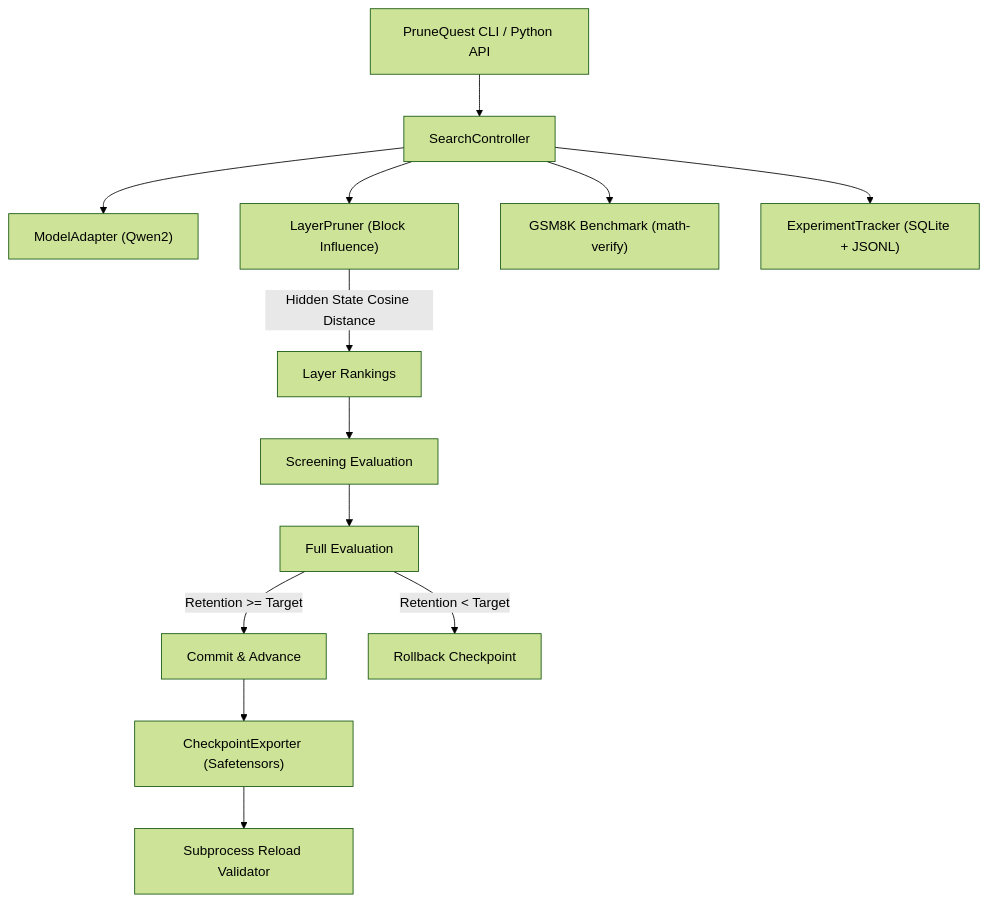
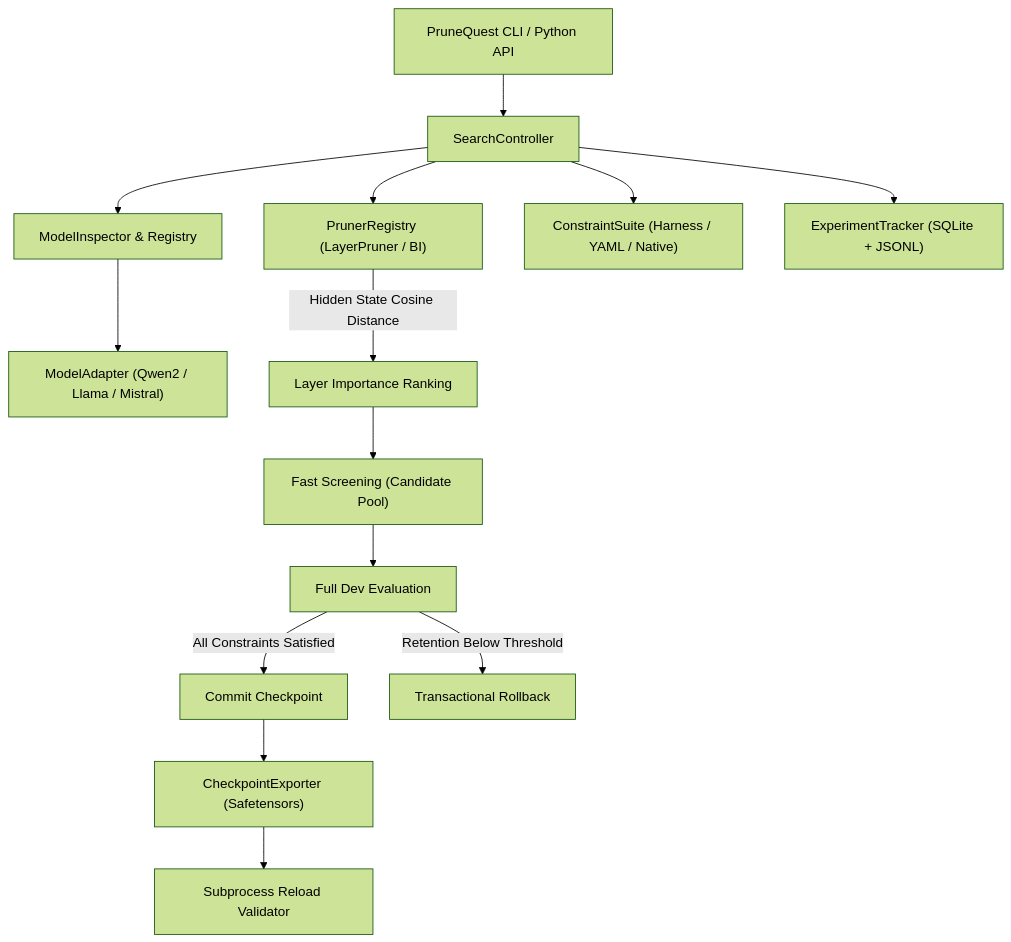
The diagram in README.md (kaushikharsh99/PruneQuest), drawn with Mermaid (forest theme) before and after one commit. The commit also changed other lines of this file and 48 other files, not shown here.

````diff
--- a/README.md
+++ b/README.md
@@ -44,18 +61,19 @@
 ```mermaid
 flowchart TD
     CLI["PruneQuest CLI / Python API"] --> Controller["SearchController"]
-    Controller --> Adapter["ModelAdapter (Qwen2)"]
-    Controller --> Pruner["LayerPruner (Block Influence)"]
-    Controller --> Bench["GSM8K Benchmark (math-verify)"]
+    Controller --> Inspector["ModelInspector & Registry"]
+    Inspector --> Adapter["ModelAdapter (Qwen2 / Llama / Mistral)"]
+    Controller --> Pruner["PrunerRegistry (LayerPruner / BI)"]
+    Controller --> BenchSuite["ConstraintSuite (Harness / YAML / Native)"]
     
-    Pruner -- "Hidden State Cosine Distance" --> Scores["Layer Rankings"]
-    Scores --> Screen["Screening Evaluation"]
-    Screen --> Validate["Full Evaluation"]
+    Pruner -- "Hidden State Cosine Distance" --> Scores["Layer Importance Ranking"]
+    Scores --> Screen["Fast Screening (Candidate Pool)"]
+    Screen --> Validate["Full Dev Evaluation"]
     
-    Validate -- "Retention >= Target" --> Commit["Commit & Advance"]
-    Validate -- "Retention < Target" --> Rollback["Rollback Checkpoint"]
+    Validate -- "All Constraints Satisfied" --> Commit["Commit Checkpoint"]
+    Validate -- "Retention Below Threshold" --> Rollback["Transactional Rollback"]
     
     Commit --> Export["CheckpointExporter (Safetensors)"]
     Export --> Validator["Subprocess Reload Validator"]
     Controller --> Tracker["ExperimentTracker (SQLite + JSONL)"]
 ```
````
